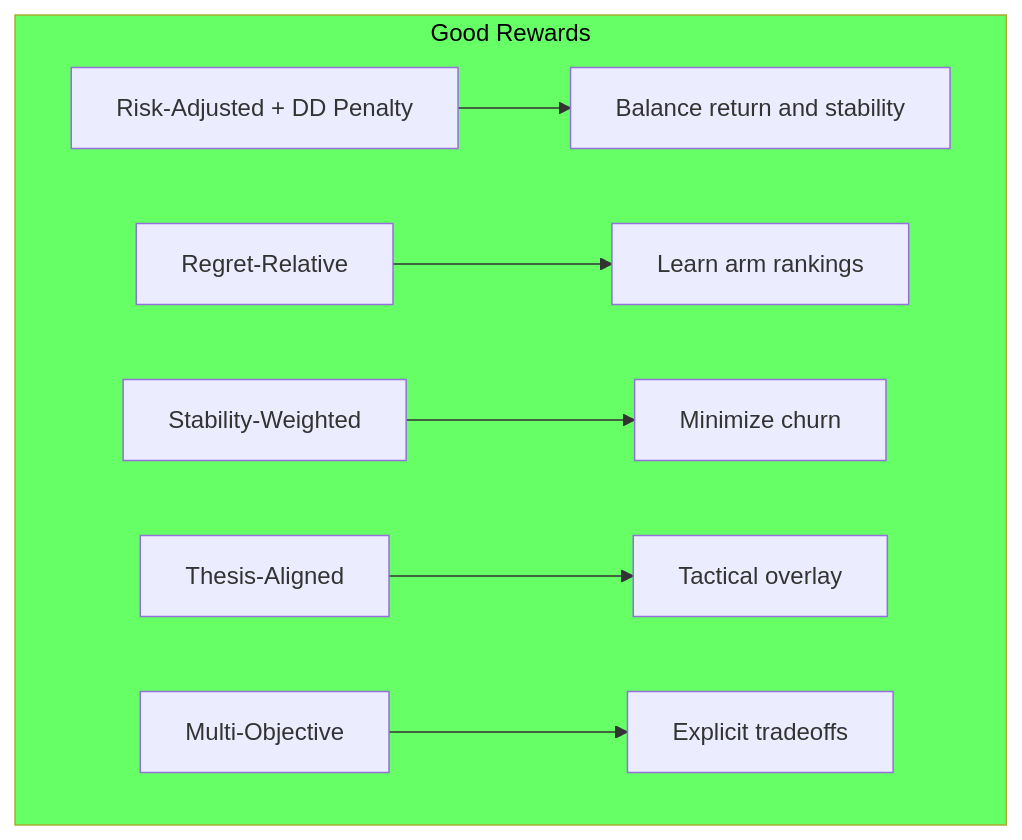
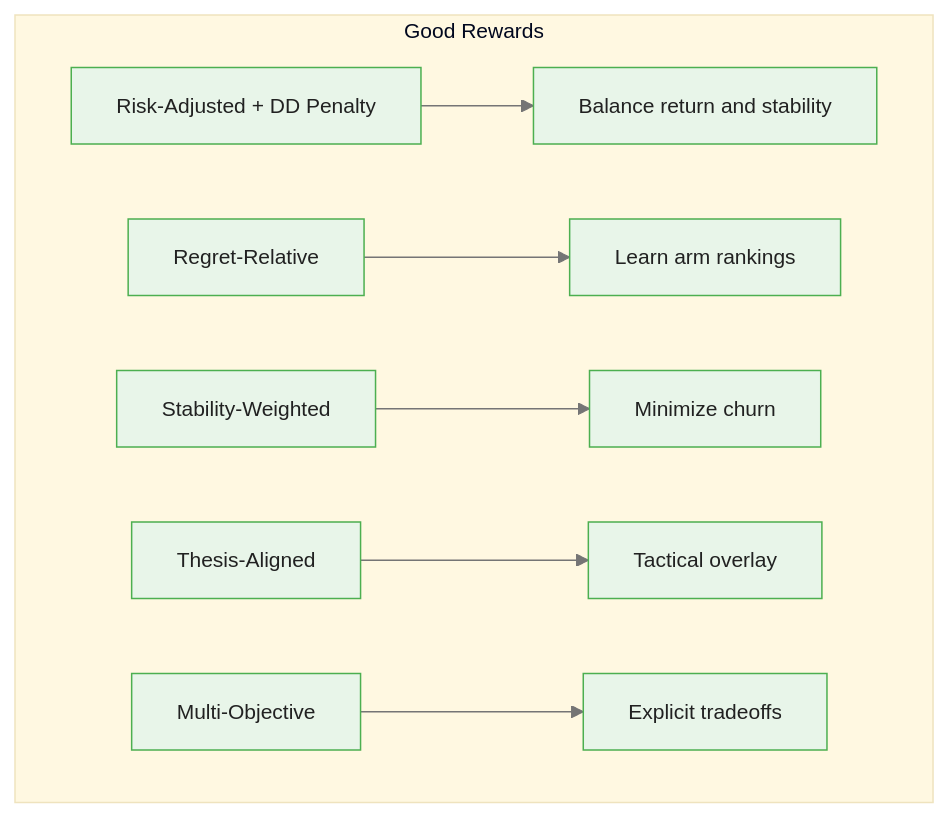
The second of 4 diagrams in courses/multi-armed-bandits-ab-testing/modules/module_05_commodity_trading_bandits/guides/02_reward_design_commodities_slides.md (m-deane/course-creator), drawn with Mermaid before and after one commit. The commit also changed other lines of this file and 146 other files, not shown here.

````diff
--- a/courses/multi-armed-bandits-ab-testing/modules/module_05_commodity_trading_bandits/guides/02_reward_design_commodities_slides.md
+++ b/courses/multi-armed-bandits-ab-testing/modules/module_05_commodity_trading_bandits/guides/02_reward_design_commodities_slides.md
@@ -65,12 +85,11 @@
 ```mermaid
+%%{init: {"theme": "base", "themeVariables": {"primaryColor": "#e8f5e9", "primaryBorderColor": "#4caf50", "primaryTextColor": "#212121", "secondaryColor": "#e3f2fd", "tertiaryColor": "#fff8e1", "lineColor": "#757575", "fontFamily": "Inter, sans-serif", "fontSize": "14px"}}}%%
 flowchart TD
     subgraph Good["Good Rewards"]
         G1["Risk-Adjusted + DD Penalty"] --> O1["Balance return and stability"]
         G2["Regret-Relative"] --> O2["Learn arm rankings"]
         G3["Stability-Weighted"] --> O3["Minimize churn"]
         G4["Thesis-Aligned"] --> O4["Tactical overlay"]
         G5["Multi-Objective"] --> O5["Explicit tradeoffs"]
     end
-
-    style Good fill:#6f6,color:#000
 ```
````
